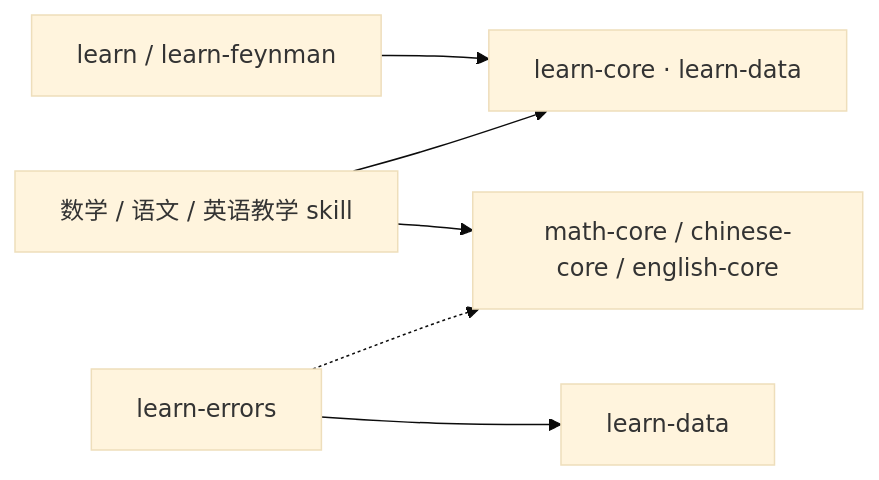
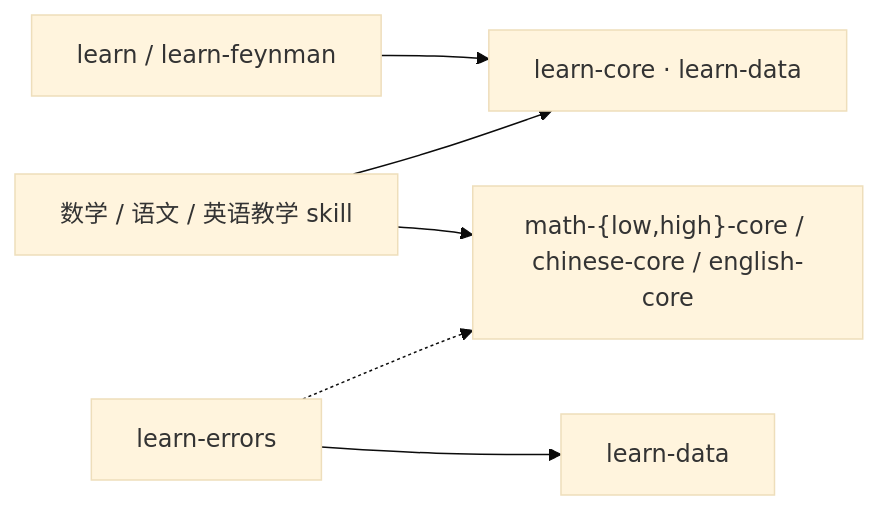
One commit to gengyabc/baicai-edu changed diagram 21 of 21 in docs/skill-map/call-graph.md. Above: the diagram before and after it, drawn with Mermaid (base theme). The commit also changed other lines of this file and 113 other files, not shown here.

````diff
--- a/docs/skill-map/call-graph.md
+++ b/docs/skill-map/call-graph.md
@@ -642,8 +642,8 @@
 ```mermaid
 flowchart LR
   Entry["learn / learn-feynman"] --> Shared["learn-core · learn-data"]
   Teach["数学 / 语文 / 英语教学 skill"] --> Shared
-  Teach --> Subject["math-core / chinese-core / english-core"]
+  Teach --> Subject["math-{low,high}-core / chinese-core / english-core"]
   Errors["learn-errors"] --> LD["learn-data"]
   Errors -.-> Subject
 ```
````
